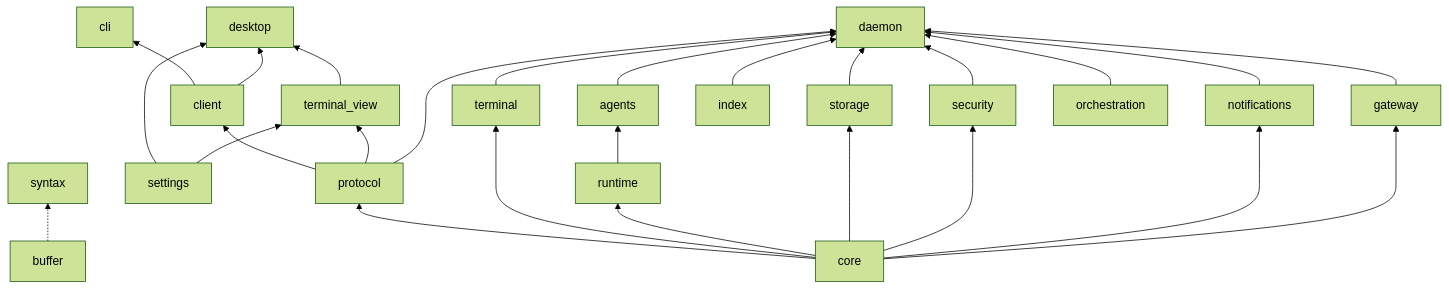
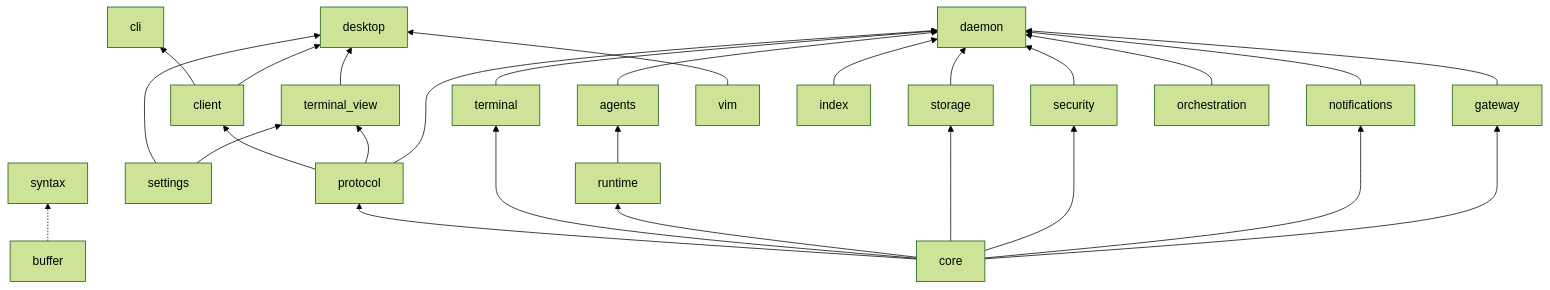
Before and after one commit to robertt3kuk/hutan: the second of 6 diagrams in docs/architecture.md, drawn with Mermaid (forest theme). The commit also changed other lines of this file and 19 other files, not shown here.

````diff
--- a/docs/architecture.md
+++ b/docs/architecture.md
@@ -57,18 +58,19 @@
 ```mermaid
 flowchart BT
   core --> protocol
   protocol --> client
   client --> cli
   client --> desktop
   protocol --> terminal_view --> desktop
   settings --> desktop
   settings --> terminal_view
   core --> terminal & runtime & storage & security & notifications
   buffer
   buffer -.-> syntax
+  vim --> desktop
   index --> daemon
   runtime --> agents
   core --> gateway
   terminal & agents & gateway & storage & security & notifications & orchestration --> daemon
   protocol --> daemon
 ```
````
